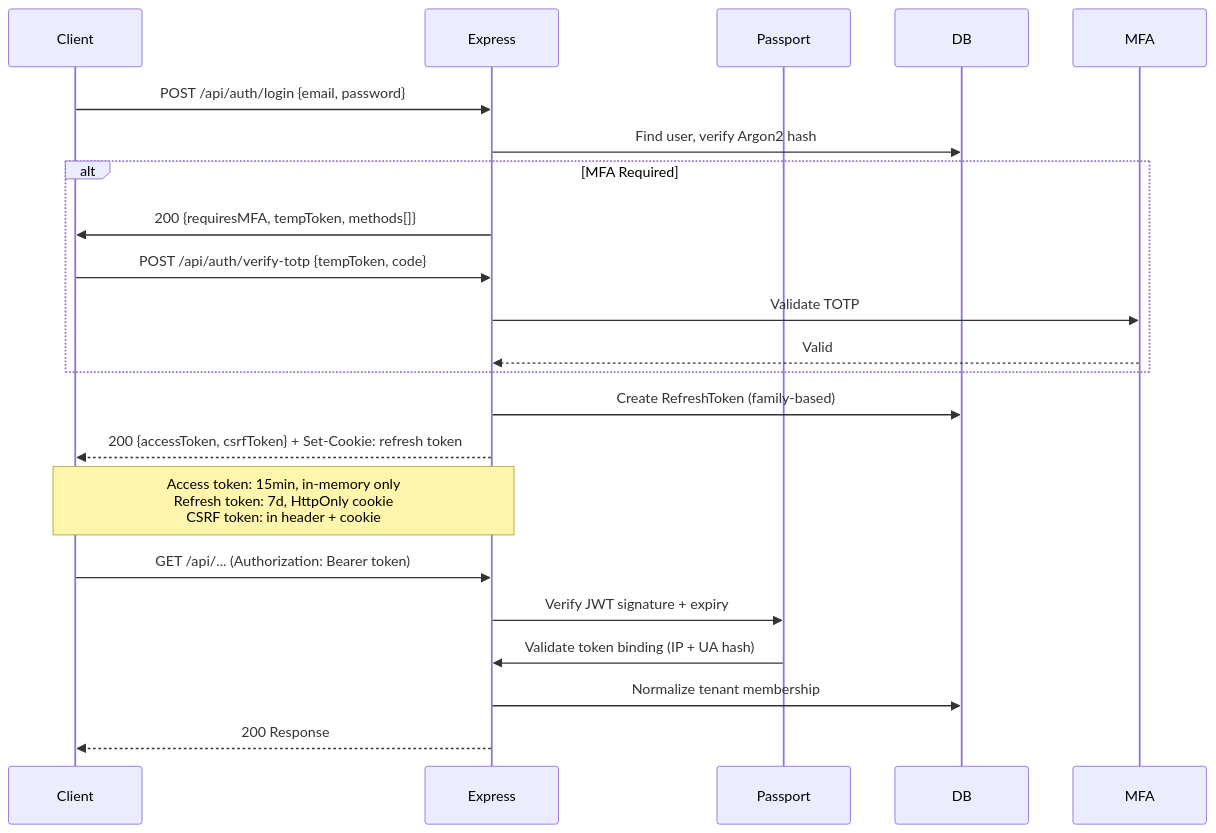
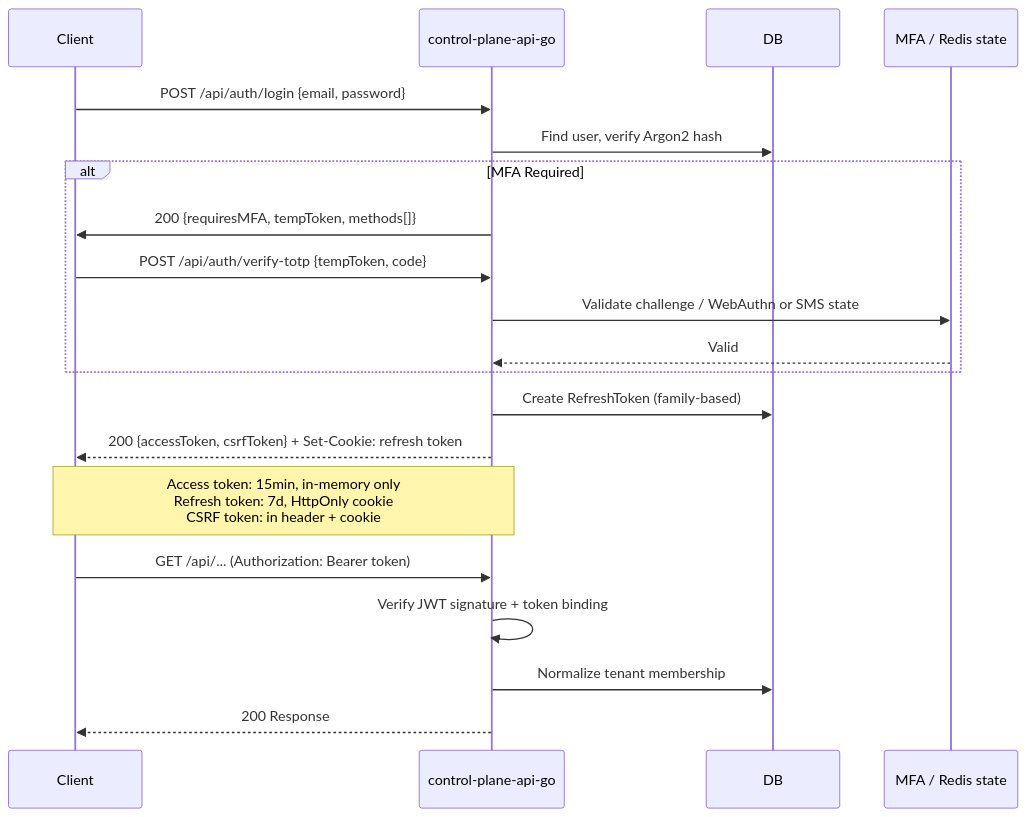
One commit to dnviti/arsenale changed the fourth of 11 diagrams in docs/architecture.md. Above: the diagram before and after it, drawn with Mermaid. The commit also changed other lines of this file and 300 other files, not shown here.

````diff
--- a/docs/architecture.md
+++ b/docs/architecture.md
@@ -155,26 +145,24 @@
 ```mermaid
 sequenceDiagram
     participant Client
-    participant Express
-    participant Passport
+    participant API as control-plane-api-go
     participant DB
-    participant MFA
+    participant MFA as MFA / Redis state
 
-    Client->>Express: POST /api/auth/login {email, password}
-    Express->>DB: Find user, verify Argon2 hash
+    Client->>API: POST /api/auth/login {email, password}
+    API->>DB: Find user, verify Argon2 hash
     alt MFA Required
-        Express->>Client: 200 {requiresMFA, tempToken, methods[]}
-        Client->>Express: POST /api/auth/verify-totp {tempToken, code}
-        Express->>MFA: Validate TOTP
-        MFA-->>Express: Valid
+        API->>Client: 200 {requiresMFA, tempToken, methods[]}
+        Client->>API: POST /api/auth/verify-totp {tempToken, code}
+        API->>MFA: Validate challenge / WebAuthn or SMS state
+        MFA-->>API: Valid
     end
-    Express->>DB: Create RefreshToken (family-based)
-    Express-->>Client: 200 {accessToken, csrfToken} + Set-Cookie: refresh token
-    Note over Client,Express: Access token: 15min, in-memory only<br/>Refresh token: 7d, HttpOnly cookie<br/>CSRF token: in header + cookie
+    API->>DB: Create RefreshToken (family-based)
+    API-->>Client: 200 {accessToken, csrfToken} + Set-Cookie: refresh token
+    Note over Client,API: Access token: 15min, in-memory only<br/>Refresh token: 7d, HttpOnly cookie<br/>CSRF token: in header + cookie
 
-    Client->>Express: GET /api/... (Authorization: Bearer token)
-    Express->>Passport: Verify JWT signature + expiry
-    Passport->>Express: Validate token binding (IP + UA hash)
-    Express->>DB: Normalize tenant membership
-    Express-->>Client: 200 Response
+    Client->>API: GET /api/... (Authorization: Bearer token)
+    API->>API: Verify JWT signature + token binding
+    API->>DB: Normalize tenant membership
+    API-->>Client: 200 Response
 ```
````
